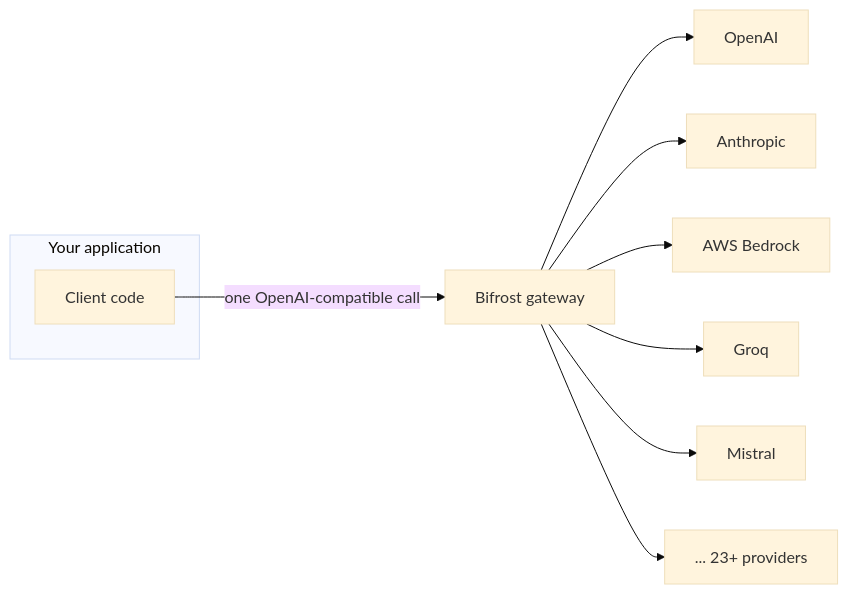
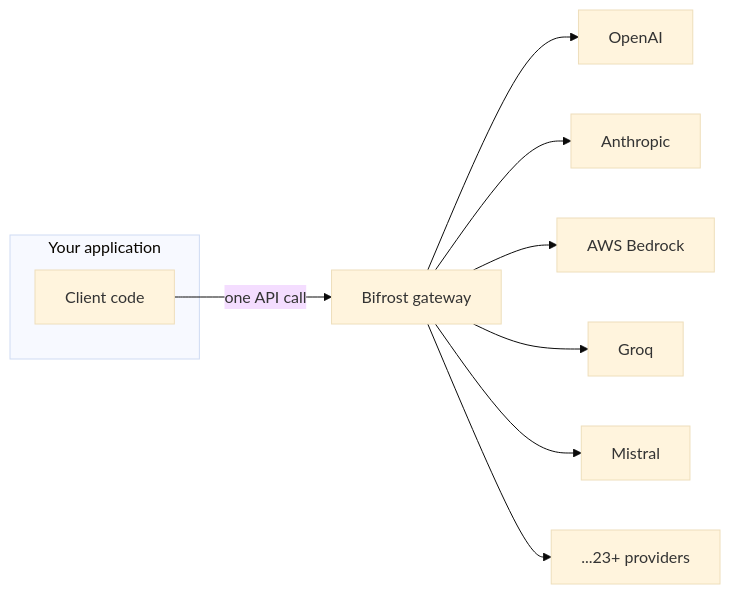
Before and after one commit to d-hackmt/bifrost: the diagram in docs/02-features-and-comparison.md, drawn with Mermaid (base theme). The commit also changed other lines of this file and 6 other files, not shown here.

````diff
--- a/docs/02-features-and-comparison.md
+++ b/docs/02-features-and-comparison.md
@@ -35,13 +31,13 @@
 ```mermaid
 flowchart LR
     subgraph App["Your application"]
         C[Client code]
     end
-    C -->|"one OpenAI-compatible call"| GW["Bifrost gateway"]
+    C -->|"one API call"| GW["Bifrost gateway"]
     GW --> P1[OpenAI]
     GW --> P2[Anthropic]
     GW --> P3[AWS Bedrock]
     GW --> P4[Groq]
     GW --> P5[Mistral]
-    GW --> P6["... 23+ providers"]
+    GW --> P6["...23+ providers"]
 ```
````
